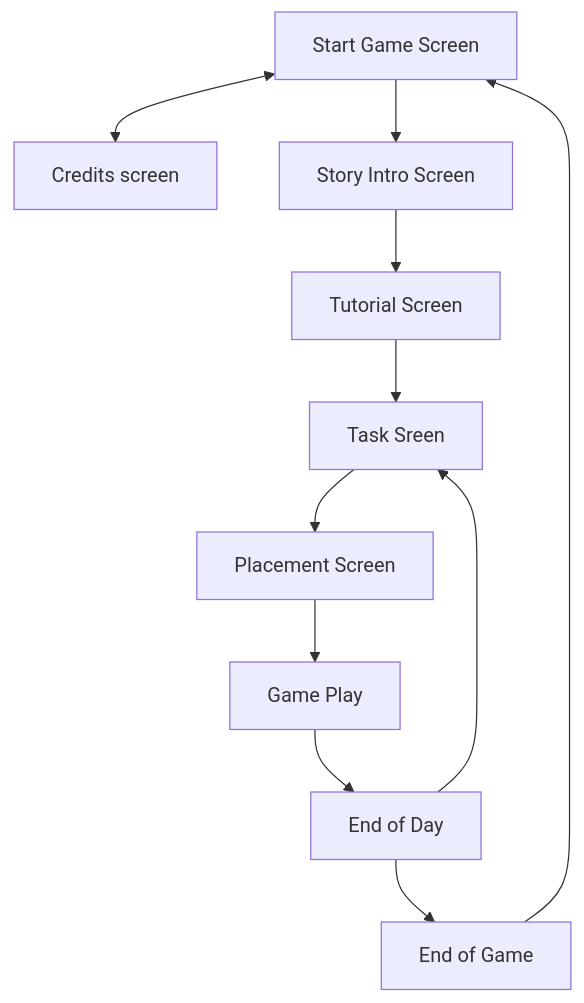
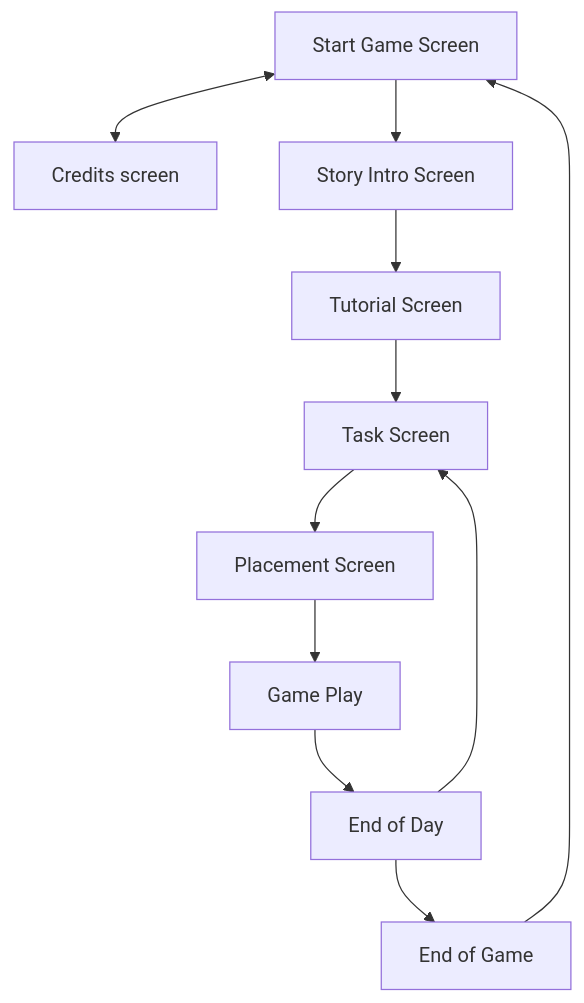
One commit to nickolasddiaz/To-be-King changed the first of 2 diagrams in README.md. Above: the diagram before and after it, drawn with Mermaid. The commit also changed other lines of this file and 122 other files, not shown here.

````diff
--- a/README.md
+++ b/README.md
@@ -69,13 +71,13 @@
 ```mermaid
 graph TD;
     A["Start Game Screen"] <--> B["Credits screen"]
     A --> C["Story Intro Screen"]
     C --> D["Tutorial Screen"]
-    D --> E["Task Sreen"]
+    D --> E["Task Screen"]
     E --> F["Placement Screen"]
     F --> G["Game Play"]
     G --> I["End of Day"]
     I --> E
     I --> K["End of Game"]
     K --> A
 ```
````
